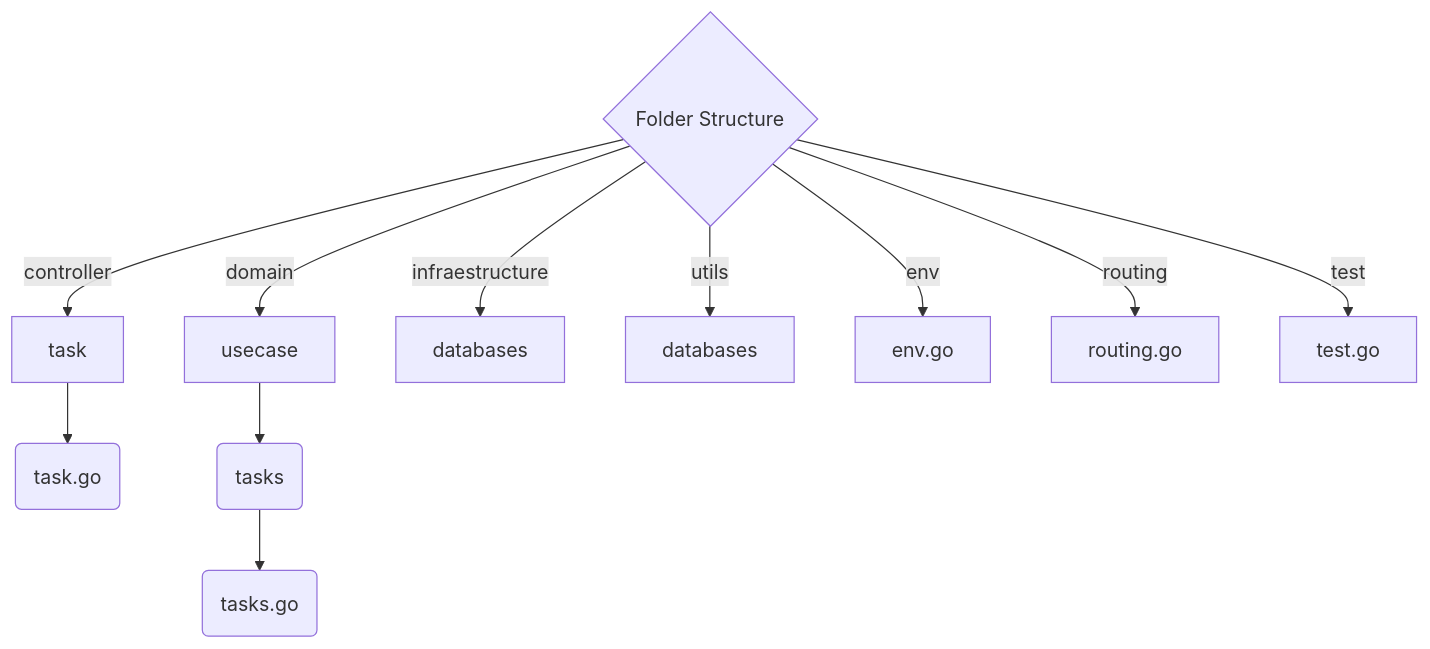
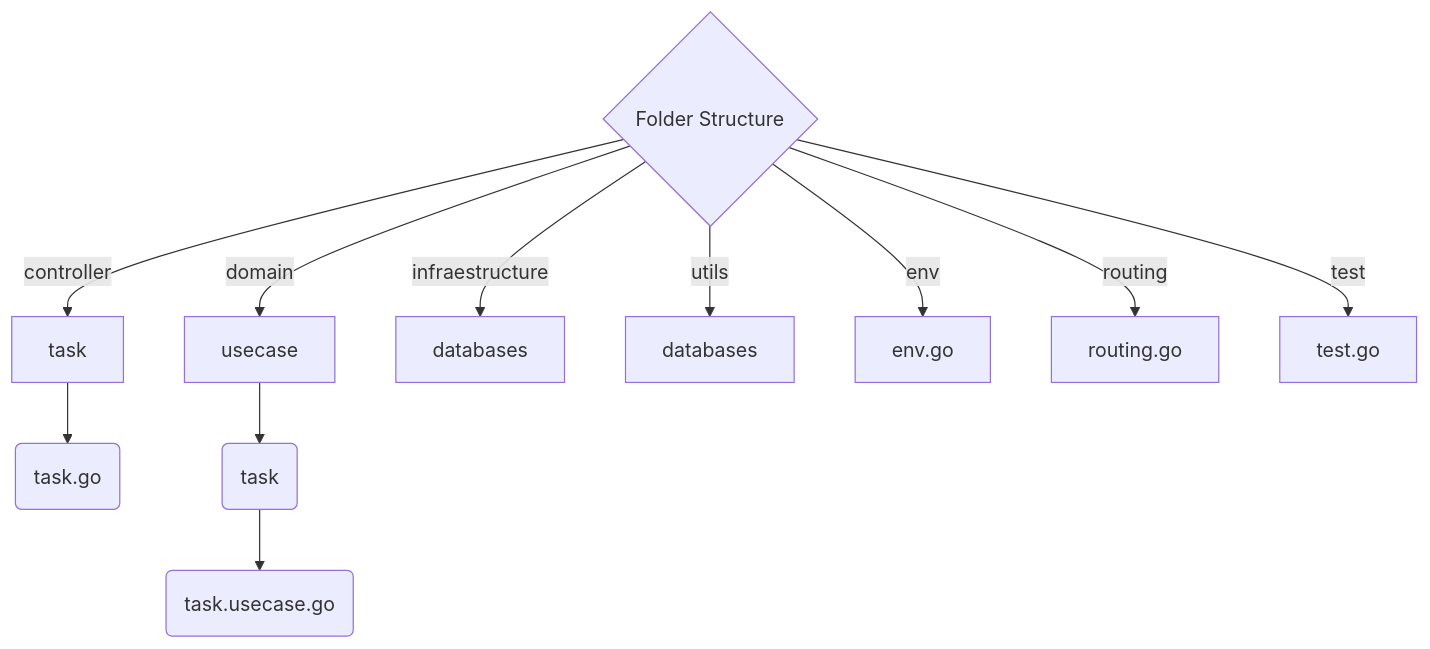
Before and after one commit to illud/gojira: the diagram in README.md, drawn with Mermaid. The commit also changed 2 other files, not shown here.

Commit message:
remove -all from get request

````diff
--- a/README.md
+++ b/README.md
@@ -319,11 +319,11 @@
 ```mermaid
 flowchart TD
     C{Folder Structure}
     C -->|controller| D[task] -->N(task.go) 
-    C -->|domain| E[usecase] -->Ñ(tasks) -->O(tasks.go) 
+    C -->|domain| E[usecase] -->Ñ(task) -->O(task.usecase.go) 
     C -->|infraestructure| F[databases]
     C -->|utils| G[databases]
     C -->|env| K[env.go]
     C -->|routing| L[routing.go]
     C -->|test| M[test.go]
 ```
````
